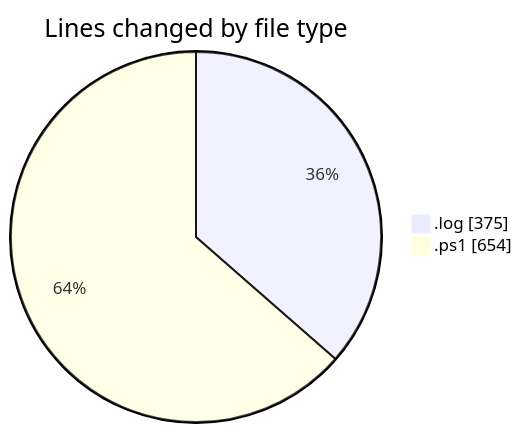
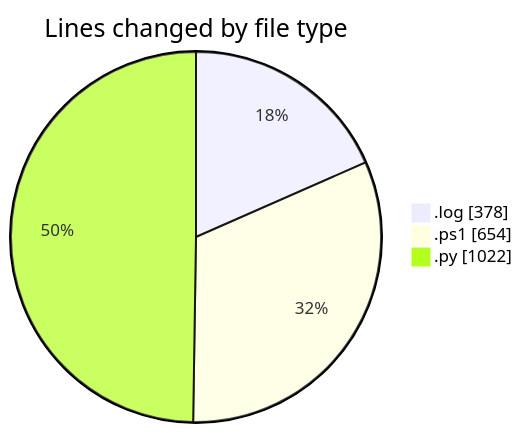
Before and after one commit to shibass792/code-tracking: the first of 2 diagrams in 2026-07-08/twenty_versions_aminor/README.md, drawn with Mermaid. The commit also changed other lines of this file and 1 other file, not shown here.

````diff
--- a/2026-07-08/twenty_versions_aminor/README.md
+++ b/2026-07-08/twenty_versions_aminor/README.md
@@ -21,6 +22,7 @@
 ```mermaid
 pie showData
 title Lines changed by file type
-".log" : 375
+".log" : 378
 ".ps1" : 654
+".py" : 1022
 ```
````
